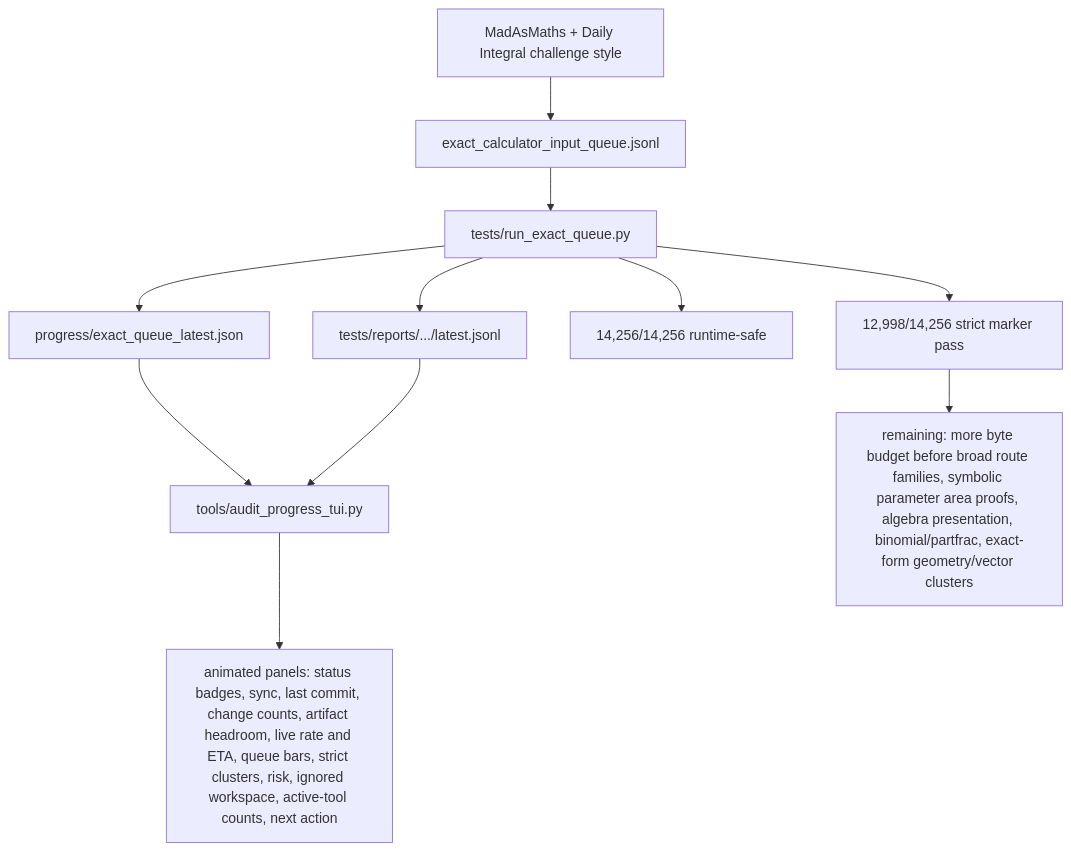
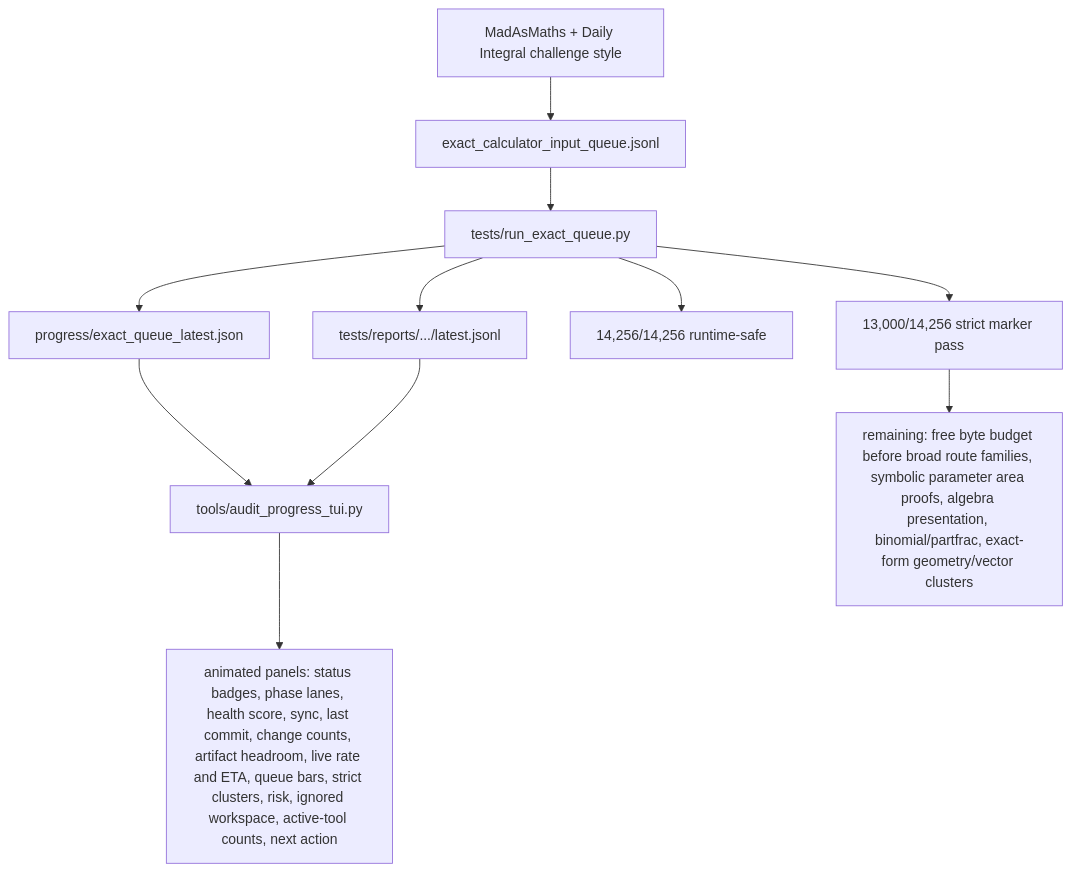
Before and after one commit to james8464/notes-addin-casio-fx-cg50: the fifth of 6 diagrams in docs/GRAPH.md, drawn with Mermaid. The commit also changed other lines of this file and 4 other files, not shown here.

````diff
--- a/docs/GRAPH.md
+++ b/docs/GRAPH.md
@@ -60,13 +60,13 @@
 ```mermaid
 graph TD
   Online["MadAsMaths + Daily Integral challenge style"] --> Queue["exact_calculator_input_queue.jsonl"]
   Queue --> Runner["tests/run_exact_queue.py"]
   Runner --> Live["progress/exact_queue_latest.json"]
   Runner --> Report["tests/reports/.../latest.jsonl"]
   Live --> TUI["tools/audit_progress_tui.py"]
   Report --> TUI
-  TUI --> Panels["animated panels: status badges, sync, last commit, change counts, artifact headroom, live rate and ETA, queue bars, strict clusters, risk, ignored workspace, active-tool counts, next action"]
+  TUI --> Panels["animated panels: status badges, phase lanes, health score, sync, last commit, change counts, artifact headroom, live rate and ETA, queue bars, strict clusters, risk, ignored workspace, active-tool counts, next action"]
   Runner --> Runtime["14,256/14,256 runtime-safe"]
-  Runner --> Strict["12,998/14,256 strict marker pass"]
-  Strict --> Remaining["remaining: more byte budget before broad route families, symbolic parameter area proofs, algebra presentation, binomial/partfrac, exact-form geometry/vector clusters"]
+  Runner --> Strict["13,000/14,256 strict marker pass"]
+  Strict --> Remaining["remaining: free byte budget before broad route families, symbolic parameter area proofs, algebra presentation, binomial/partfrac, exact-form geometry/vector clusters"]
 ```
````
